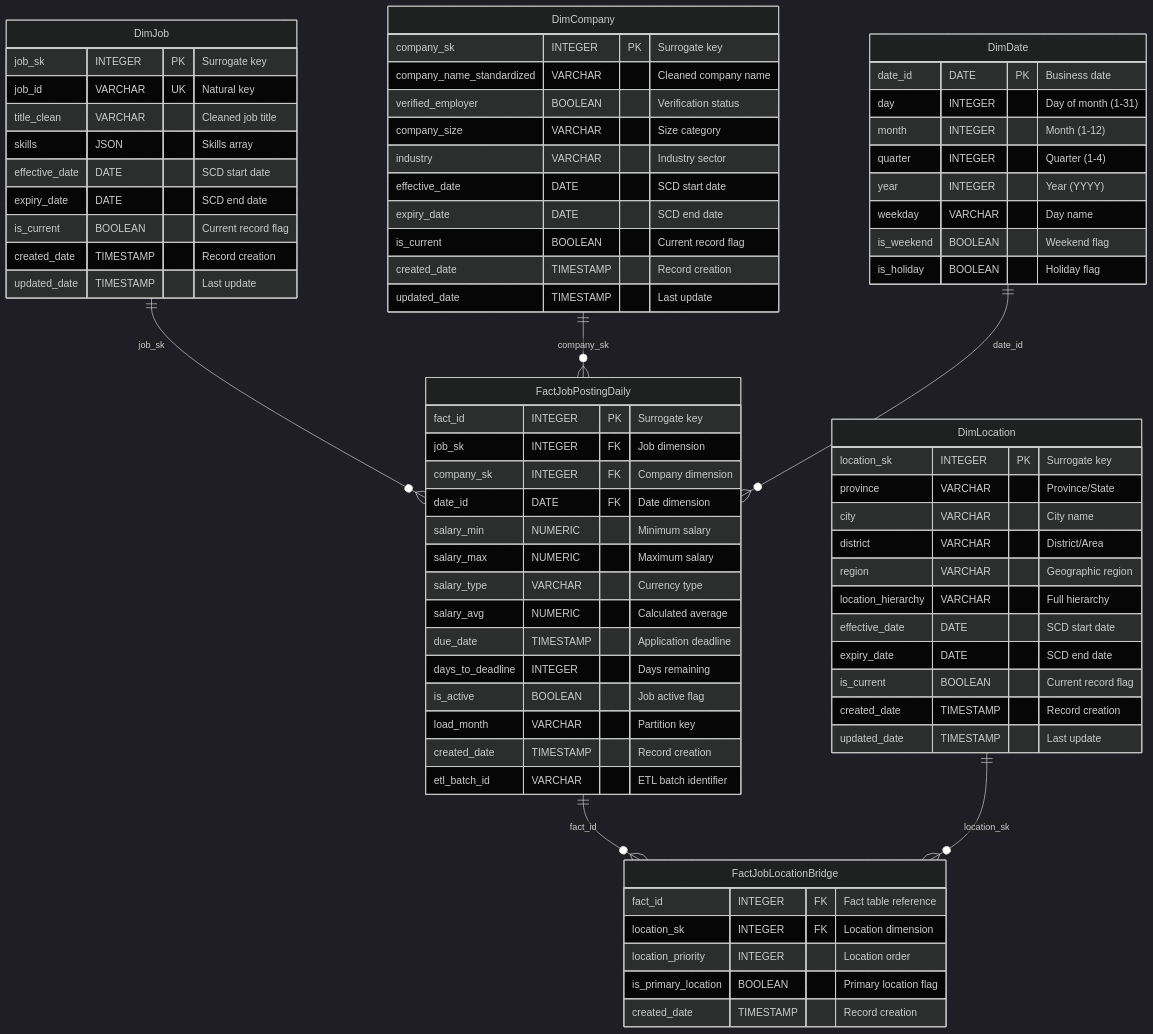
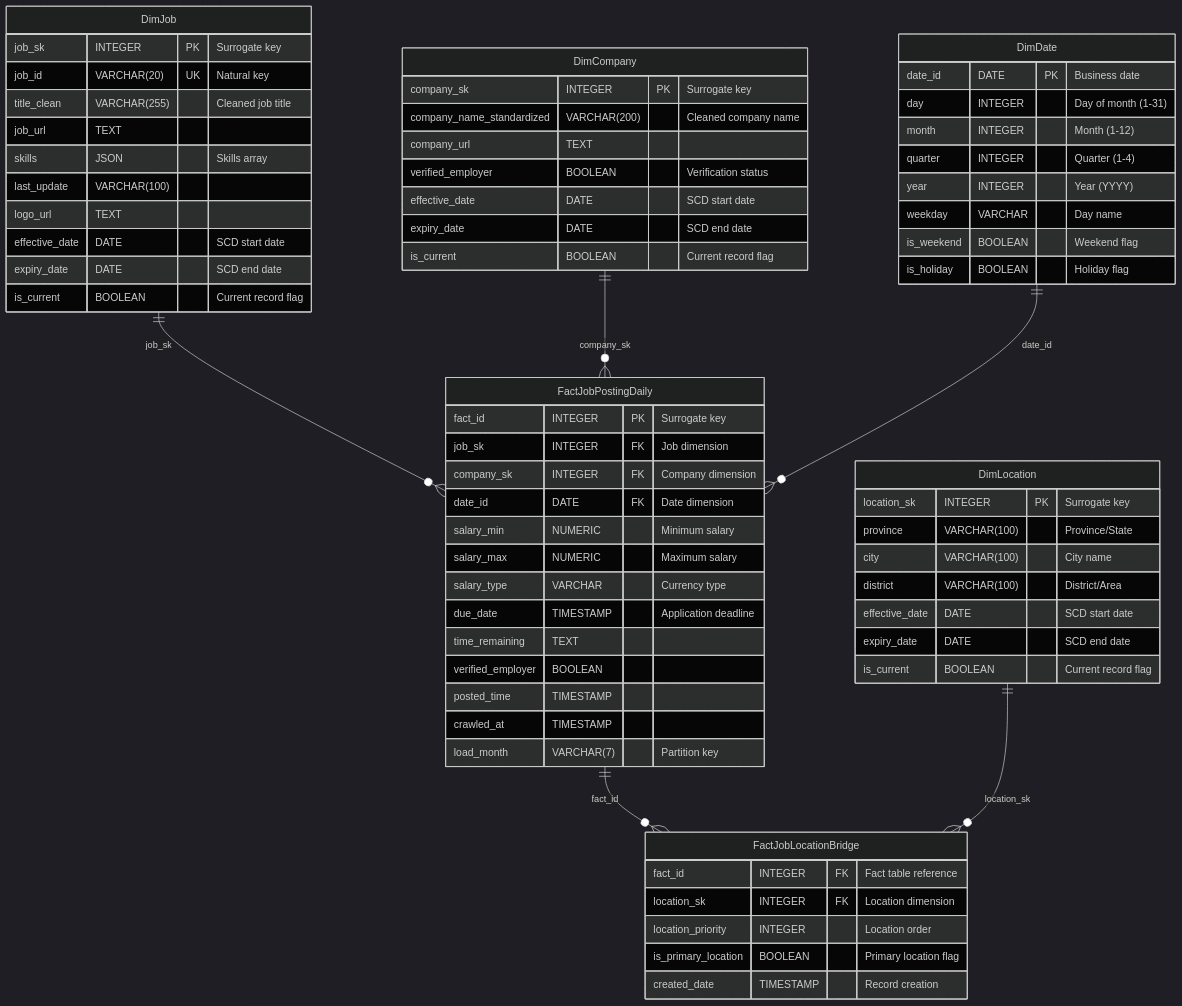
The diagram in docs/etl-staging-to-dwh/04_dwh_schema_design.md (Trantuan24/JobInsight_Data_Pipeline), drawn with Mermaid (dark theme) before and after one commit. The commit also changed other lines of this file and 17 other files, not shown here.

```diff
--- a/docs/etl-staging-to-dwh/04_dwh_schema_design.md
+++ b/docs/etl-staging-to-dwh/04_dwh_schema_design.md
@@ -23,41 +23,35 @@
     
     DimJob {
         job_sk INTEGER PK "Surrogate key"
-        job_id VARCHAR UK "Natural key"
-        title_clean VARCHAR "Cleaned job title"
+        job_id VARCHAR(20) UK "Natural key"
+        title_clean VARCHAR(255) "Cleaned job title"
+        job_url TEXT
         skills JSON "Skills array"
+        last_update VARCHAR(100)
+        logo_url TEXT
         effective_date DATE "SCD start date"
         expiry_date DATE "SCD end date"
         is_current BOOLEAN "Current record flag"
-        created_date TIMESTAMP "Record creation"
-        updated_date TIMESTAMP "Last update"
     }
     
     DimCompany {
         company_sk INTEGER PK "Surrogate key"
-        company_name_standardized VARCHAR "Cleaned company name"
+        company_name_standardized VARCHAR(200) "Cleaned company name"
+        company_url TEXT
         verified_employer BOOLEAN "Verification status"
-        company_size VARCHAR "Size category"
-        industry VARCHAR "Industry sector"
         effective_date DATE "SCD start date"
         expiry_date DATE "SCD end date"
         is_current BOOLEAN "Current record flag"
-        created_date TIMESTAMP "Record creation"
-        updated_date TIMESTAMP "Last update"
     }
     
     DimLocation {
         location_sk INTEGER PK "Surrogate key"
-        province VARCHAR "Province/State"
-        city VARCHAR "City name"
-        district VARCHAR "District/Area"
-        region VARCHAR "Geographic region"
-        location_hierarchy VARCHAR "Full hierarchy"
+        province VARCHAR(100) "Province/State"
+        city VARCHAR(100) "City name"
+        district VARCHAR(100) "District/Area"
         effective_date DATE "SCD start date"
         expiry_date DATE "SCD end date"
         is_current BOOLEAN "Current record flag"
-        created_date TIMESTAMP "Record creation"
-        updated_date TIMESTAMP "Last update"
     }
     
     FactJobPostingDaily {
@@ -68,13 +62,12 @@
         salary_min NUMERIC "Minimum salary"
         salary_max NUMERIC "Maximum salary"
         salary_type VARCHAR "Currency type"
-        salary_avg NUMERIC "Calculated average"
         due_date TIMESTAMP "Application deadline"
-        days_to_deadline INTEGER "Days remaining"
-        is_active BOOLEAN "Job active flag"
-        load_month VARCHAR "Partition key"
-        created_date TIMESTAMP "Record creation"
-        etl_batch_id VARCHAR "ETL batch identifier"
+        time_remaining TEXT
+        verified_employer BOOLEAN
+        posted_time TIMESTAMP
+        crawled_at TIMESTAMP
+        load_month VARCHAR(7) "Partition key"
     }
     
     FactJobLocationBridge {
```
